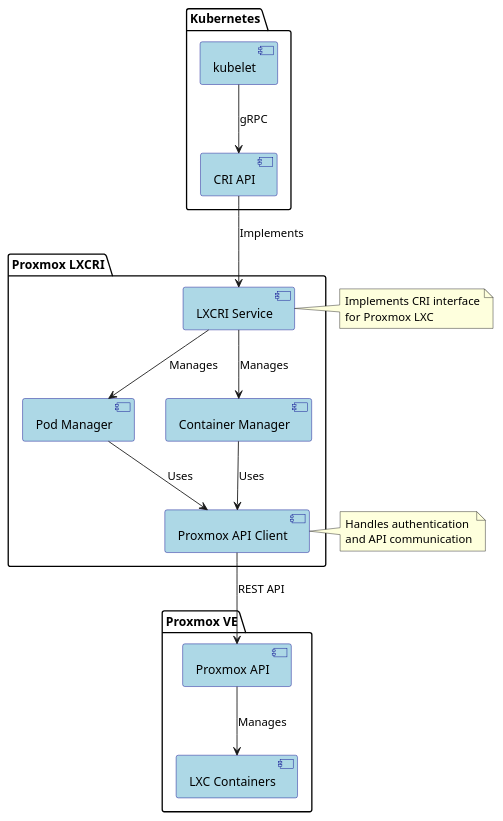
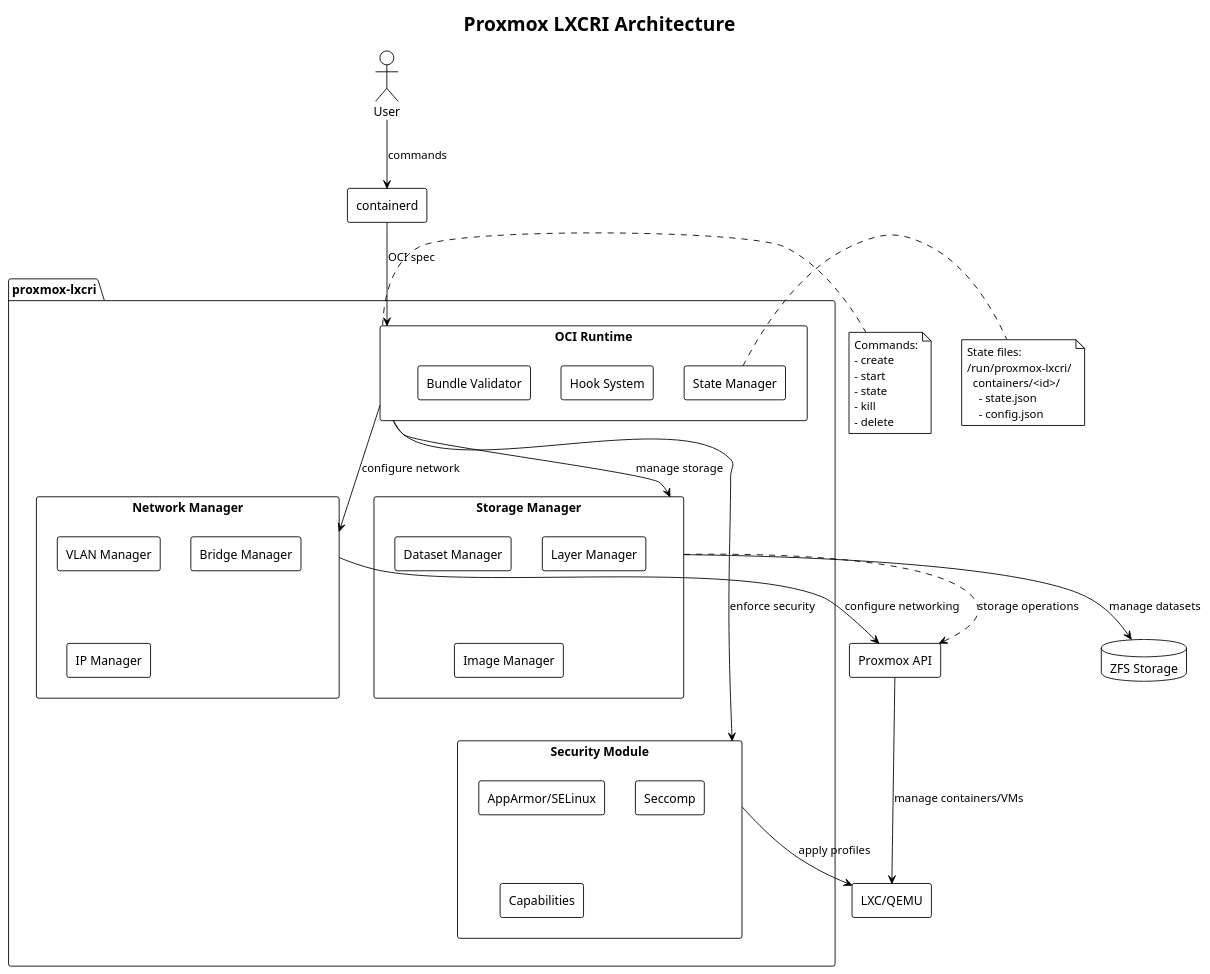
The diagram in docs/architecture.puml (CageForge/nexcage), drawn with PlantUML before and after one commit. The commit also changed 1 other file, not shown here.

Commit message:
docs: оновлено архітектурну документацію та додано PlantUML діаграму

```diff
--- a/docs/architecture.puml
+++ b/docs/architecture.puml
@@ -1,49 +1,74 @@
-@startuml Proxmox LXCRI Architecture
+@startuml
 
-' Style definitions
-skinparam componentStyle uml2
-skinparam component {
-    BackgroundColor LightBlue
-    BorderColor DarkBlue
-}
+!theme plain
+skinparam backgroundColor transparent
+skinparam componentStyle rectangle
+
+title Proxmox LXCRI Architecture
+
+' Actors and external systems
+actor "User" as user
+component "containerd" as containerd
+component "Proxmox API" as proxmox
+database "ZFS Storage" as zfs
+component "LXC/QEMU" as runtime
 
 ' Main components
-package "Kubernetes" {
-    [kubelet] as Kubelet
-    [CRI API] as CRIAPI
-}
-
-package "Proxmox LXCRI" {
-    [LXCRI Service] as LXCRIService
-    [Pod Manager] as PodManager
-    [Container Manager] as ContainerManager
-    [Proxmox API Client] as ProxmoxClient
-}
-
-package "Proxmox VE" {
-    [Proxmox API] as ProxmoxAPI
-    [LXC Containers] as LXCContainers
+package "proxmox-lxcri" {
+    component "OCI Runtime" as oci {
+        component "State Manager" as state
+        component "Hook System" as hooks
+        component "Bundle Validator" as validator
+    }
+    
+    component "Storage Manager" as storage {
+        component "Dataset Manager" as dataset
+        component "Layer Manager" as layer
+        component "Image Manager" as image
+    }
+    
+    component "Network Manager" as network {
+        component "VLAN Manager" as vlan
+        component "Bridge Manager" as bridge
+        component "IP Manager" as ip
+    }
+    
+    component "Security Module" as security {
+        component "AppArmor/SELinux" as lsm
+        component "Seccomp" as seccomp
+        component "Capabilities" as caps
+    }
 }
 
 ' Relationships
-Kubelet --> CRIAPI : gRPC
-CRIAPI --> LXCRIService : Implements
-LXCRIService --> PodManager : Manages
-LXCRIService --> ContainerManager : Manages
-PodManager --> ProxmoxClient : Uses
-ContainerManager --> ProxmoxClient : Uses
-ProxmoxClient --> ProxmoxAPI : REST API
-ProxmoxAPI --> LXCContainers : Manages
+user --> containerd : commands
+containerd --> oci : OCI spec
+oci --> storage : manage storage
+oci --> network : configure network
+oci --> security : enforce security
+storage --> zfs : manage datasets
+network --> proxmox : configure networking
+security --> runtime : apply profiles
+proxmox --> runtime : manage containers/VMs
+storage ..> proxmox : storage operations
 
-' Notes
-note right of LXCRIService
-  Implements CRI interface
-  for Proxmox LXC
+' Command flow
+note right of oci
+  Commands:
+  - create
+  - start
+  - state
+  - kill
+  - delete
 end note
 
-note right of ProxmoxClient
-  Handles authentication
-  and API communication
+' State management
+note right of state
+  State files:
+  /run/proxmox-lxcri/
+    containers/<id>/
+      - state.json
+      - config.json
 end note
 
 @enduml 
```
